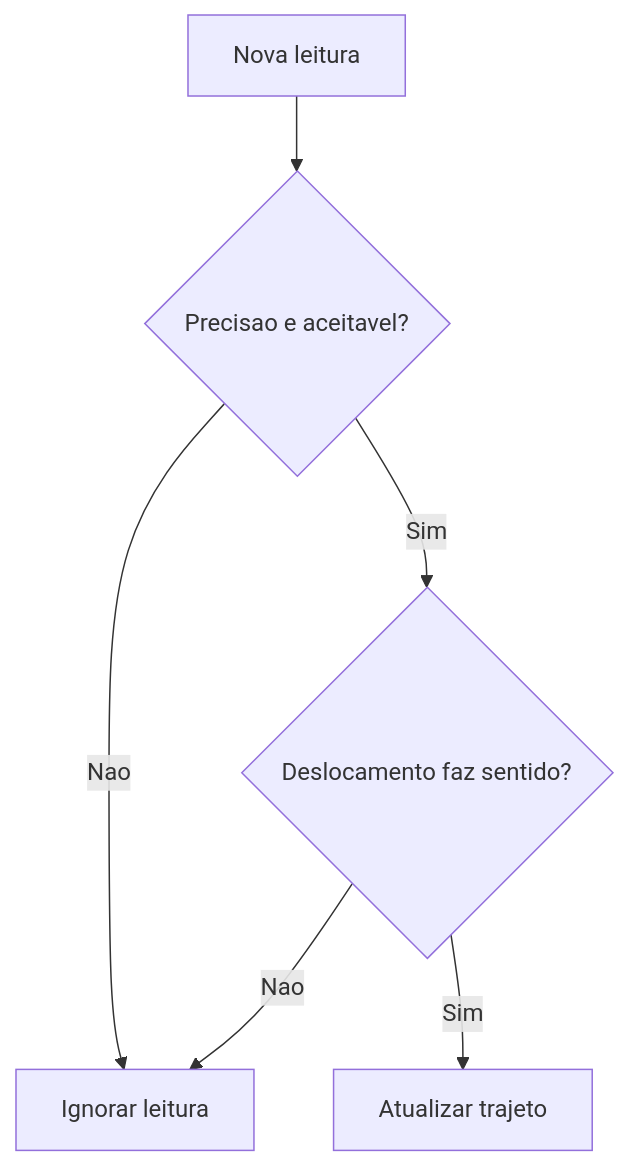
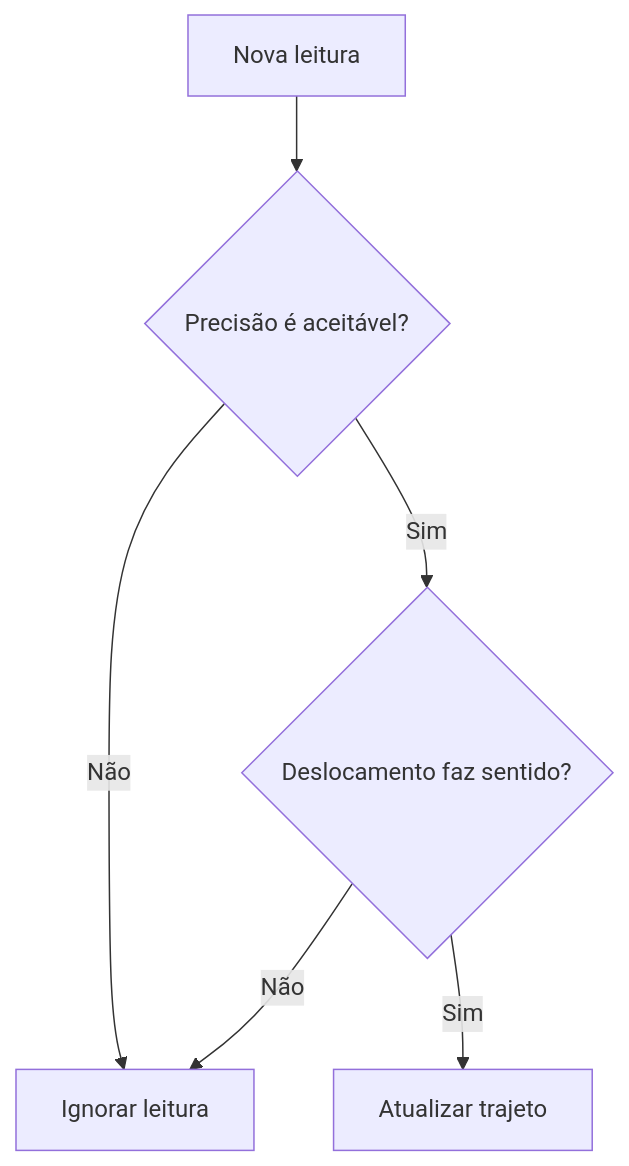
Before and after one commit to prof-gustavo-villalta/self: diagram 13 of 13 in courses/2026-1-DS-Prog-Aplicativos-Mobile-II-Novotec-Noturno/aulas/aula-12.md, drawn with Mermaid. The commit also changed other lines of this file and 6 other files, not shown here.

````diff
--- a/courses/2026-1-DS-Prog-Aplicativos-Mobile-II-Novotec-Noturno/aulas/aula-12.md
+++ b/courses/2026-1-DS-Prog-Aplicativos-Mobile-II-Novotec-Noturno/aulas/aula-12.md
@@ -949,8 +949,8 @@
 ```mermaid
 flowchart TD
-    A[Nova leitura] --> B{Precisao e aceitavel?}
-    B -->|Nao| C[Ignorar leitura]
+    A[Nova leitura] --> B{Precisão é aceitável?}
+    B -->|Não| C[Ignorar leitura]
     B -->|Sim| D{Deslocamento faz sentido?}
-    D -->|Nao| C
+    D -->|Não| C
     D -->|Sim| E[Atualizar trajeto]
 ```
````
